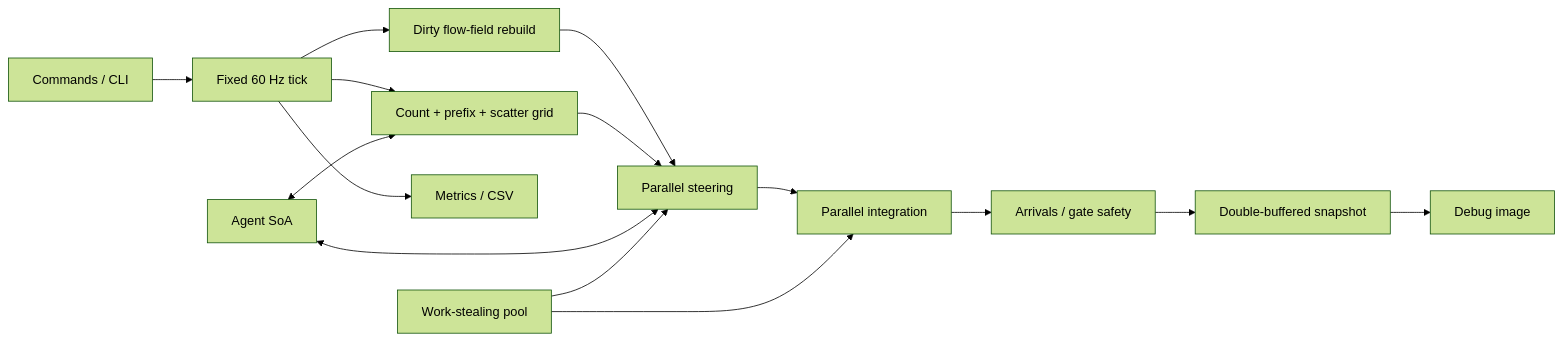
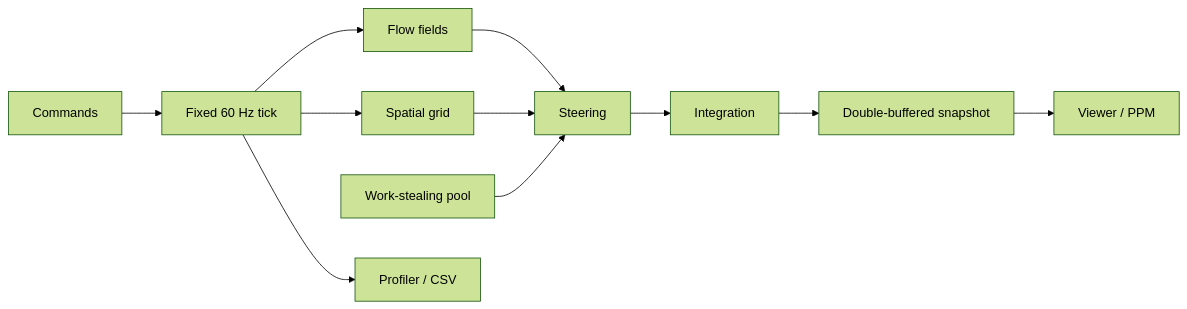
The diagram in README.md (MarvelousJade/RushGrid), drawn with Mermaid (forest theme) before and after one commit. The commit also changed other lines of this file, not shown here.

````diff
--- a/README.md
+++ b/README.md
@@ -145,17 +58,13 @@
 ```mermaid
 flowchart LR
-    CLI[Commands / CLI] --> Tick[Fixed 60 Hz tick]
-    Tick --> Nav[Dirty flow-field rebuild]
-    Tick --> Grid[Count + prefix + scatter grid]
-    Nav --> Steering[Parallel steering]
+    Commands --> Tick[Fixed 60 Hz tick]
+    Tick --> Nav[Flow fields]
+    Tick --> Grid[Spatial grid]
+    Nav --> Steering
     Grid --> Steering
-    Steering --> Integration[Parallel integration]
-    Integration --> Events[Arrivals / gate safety]
-    Events --> Snapshot[Double-buffered snapshot]
-    Snapshot --> PPM[Debug image]
-    Tick --> CSV[Metrics / CSV]
-    SoA[Agent SoA] <--> Grid
-    SoA <--> Steering
     Jobs[Work-stealing pool] --> Steering
-    Jobs --> Integration
+    Steering --> Integration
+    Integration --> Snapshot[Double-buffered snapshot]
+    Snapshot --> Viewer[Viewer / PPM]
+    Tick --> Metrics[Profiler / CSV]
 ```
````
